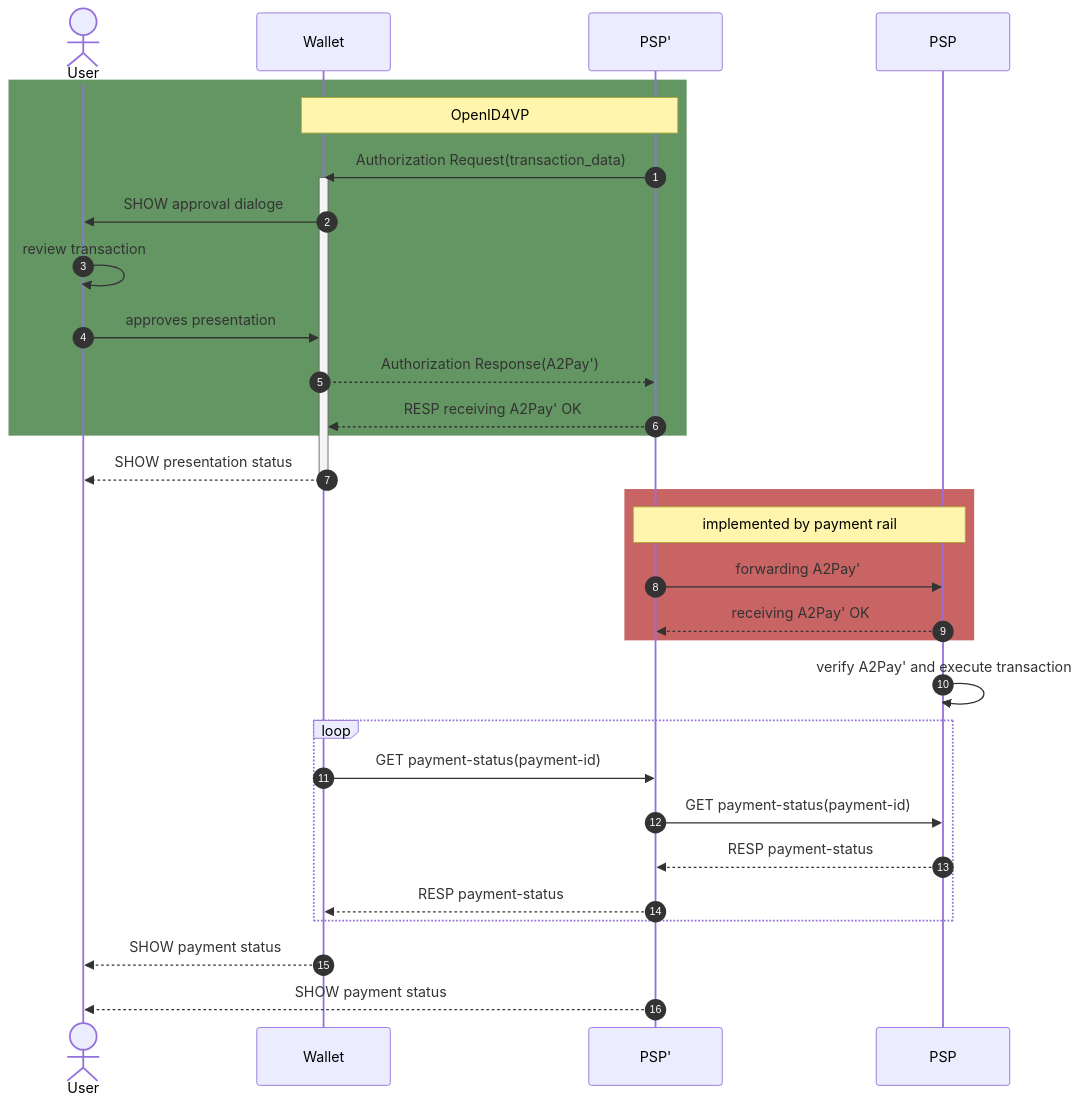
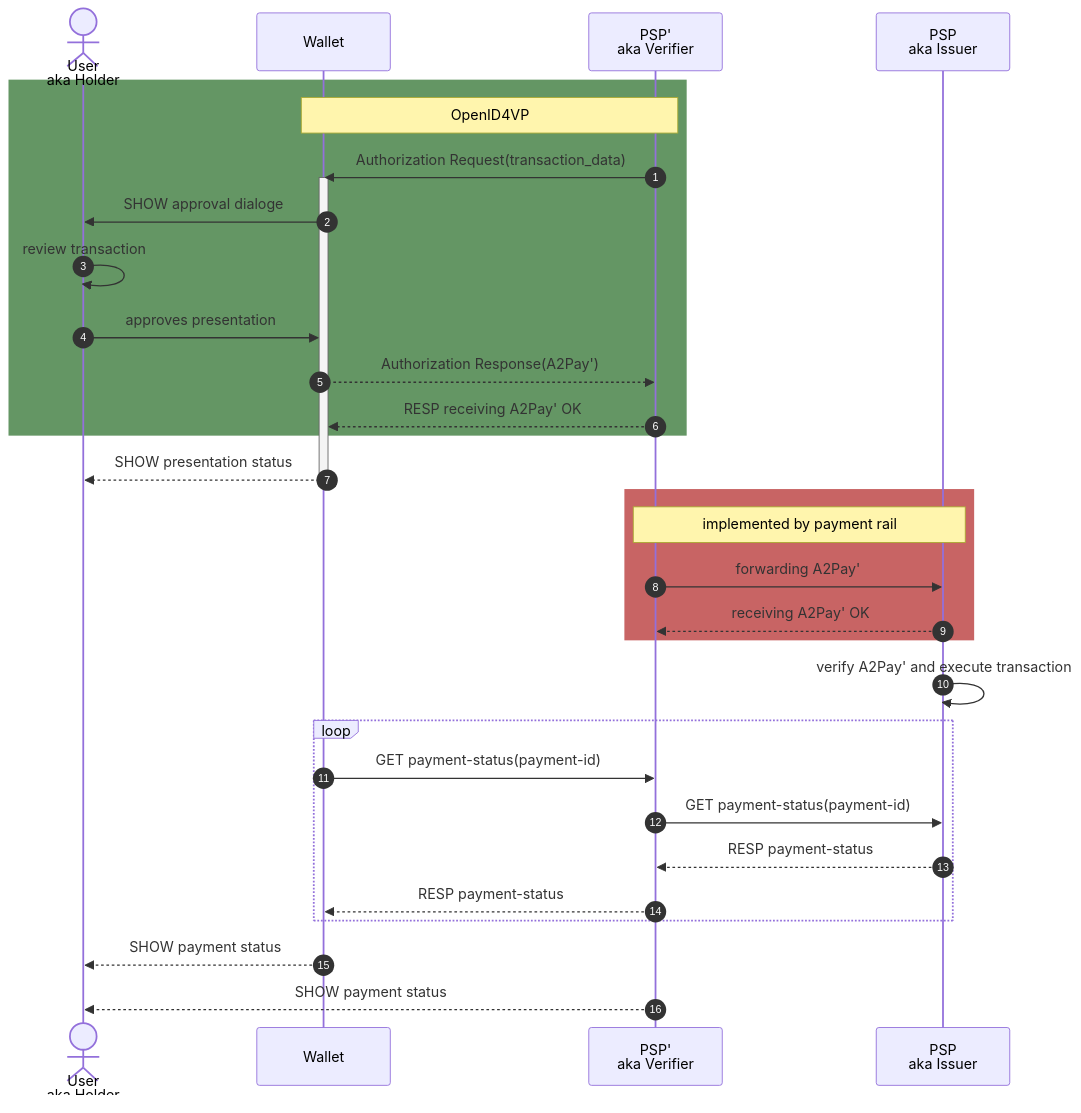
Before and after one commit to nobid-consortium/payment-reference-documentation: the second of 2 diagrams in payment-reference-doc.md, drawn with Mermaid. The commit also changed other lines of this file, not shown here.

Commit message:
added alternative names

````diff
--- a/payment-reference-doc.md
+++ b/payment-reference-doc.md
@@ -320,35 +320,35 @@
 ```mermaid
 
 sequenceDiagram
     autonumber
-    actor user as User
+    actor user as User<br/>aka Holder
     participant wallet as Wallet
-    participant psp2 as PSP'
-    participant psp as PSP
+    participant psp2 as PSP'<br/>aka Verifier
+    participant psp as PSP<br/>aka Issuer
     rect rgb(100, 150, 100)
     note over wallet, psp2: OpenID4VP
     psp2 ->> wallet: Authorization Request(transaction_data)
     activate wallet
     wallet ->> user: SHOW approval dialoge
     user ->> user: review transaction
     user ->> wallet: approves presentation
     wallet -->> psp2: Authorization Response(A2Pay')
     psp2 -->> wallet: RESP receiving A2Pay' OK
     end
     wallet -->> user: SHOW presentation status
     deactivate wallet
     rect rgb(200, 100, 100)
     note over psp, psp2: implemented by payment rail 
     psp2 ->> psp: forwarding A2Pay'
     psp -->> psp2: receiving A2Pay' OK
     end
     psp ->> psp: verify A2Pay' and execute transaction
     loop
     wallet ->> psp2: GET payment-status(payment-id)
     psp2 ->> psp: GET payment-status(payment-id)
     psp -->> psp2: RESP payment-status 
     psp2 -->> wallet: RESP payment-status
     end
     wallet -->> user: SHOW payment status
     psp2 -->> user: SHOW payment status
 ```
````
